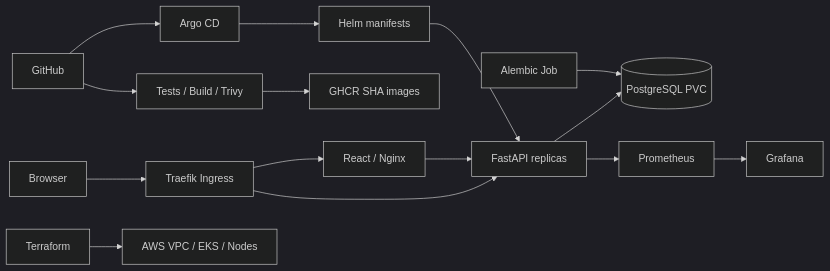
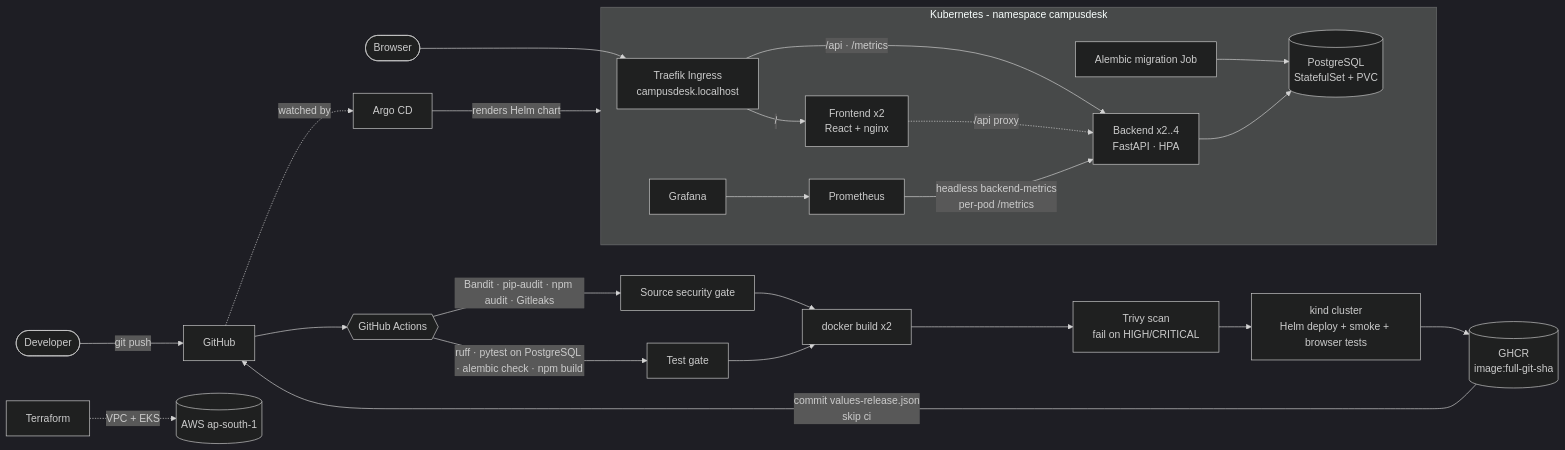
One commit to abdulkalamazad1001/scaler-devops-homework changed the diagram in capstone-campusdesk/README.md. Above: the diagram before and after it, drawn with Mermaid (dark theme). The commit also changed other lines of this file, not shown here.

````diff
--- a/capstone-campusdesk/README.md
+++ b/capstone-campusdesk/README.md
@@ -32,17 +50,28 @@
 ```mermaid
 flowchart LR
-  User[Browser] --> Ingress[Traefik Ingress]
-  Ingress --> React[React / Nginx]
-  Ingress --> API[FastAPI replicas]
-  React --> API
-  API --> DB[(PostgreSQL PVC)]
-  Migration[Alembic Job] --> DB
-  API --> Prometheus
-  Prometheus --> Grafana
-  Git[GitHub] --> CI[Tests / Build / Trivy]
-  CI --> Registry[GHCR SHA images]
-  Git --> Argo[Argo CD]
-  Argo --> Helm[Helm manifests]
-  Helm --> API
-  Terraform --> AWS[AWS VPC / EKS / Nodes]
+    dev([Developer]) -->|git push| gh[GitHub]
+    gh --> ci{{GitHub Actions}}
+    ci -->|Bandit · pip-audit · npm audit · Gitleaks| sec[Source security gate]
+    ci -->|ruff · pytest on PostgreSQL · alembic check · npm build| test[Test gate]
+    sec --> build[docker build x2]
+    test --> build
+    build --> trivy[Trivy scan<br/>fail on HIGH/CRITICAL]
+    trivy --> kind[kind cluster<br/>Helm deploy + smoke + browser tests]
+    kind --> ghcr[(GHCR<br/>image:full-git-sha)]
+    ghcr -->|commit values-release.json<br/>skip ci| gh
+    gh -.->|watched by| argo[Argo CD]
+
+    tf[Terraform] -.->|VPC + EKS| aws[(AWS ap-south-1)]
+
+    subgraph k8s[Kubernetes - namespace campusdesk]
+      ing[Traefik Ingress<br/>campusdesk.localhost] -->|/| fe[Frontend x2<br/>React + nginx]
+      ing -->|/api · /metrics| be[Backend x2..4<br/>FastAPI · HPA]
+      fe -.->|/api proxy| be
+      job[Alembic migration Job] --> pg
+      be --> pg[(PostgreSQL<br/>StatefulSet + PVC)]
+      prom[Prometheus] -->|headless backend-metrics<br/>per-pod /metrics| be
+      graf[Grafana] --> prom
+    end
+    argo -->|renders Helm chart| k8s
+    user([Browser]) --> ing
 ```
````
